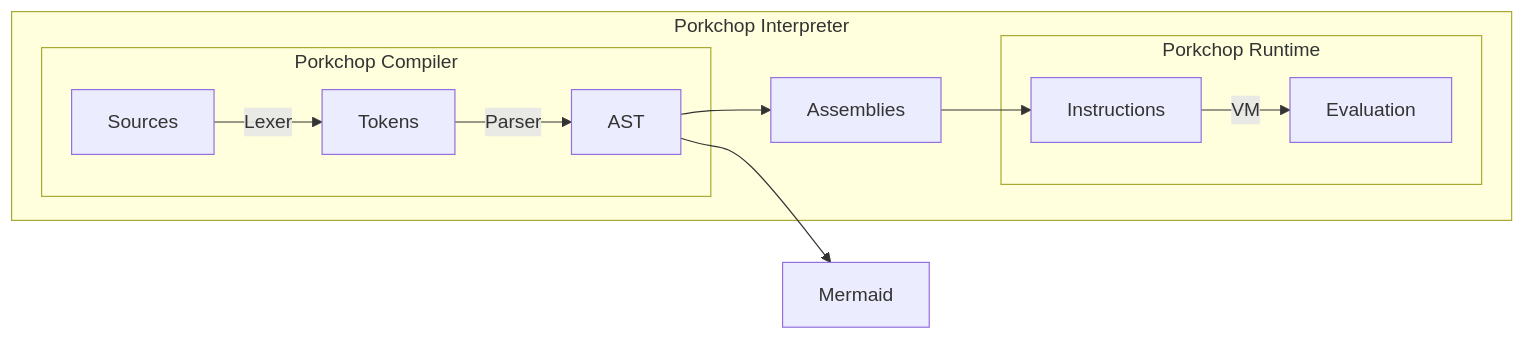
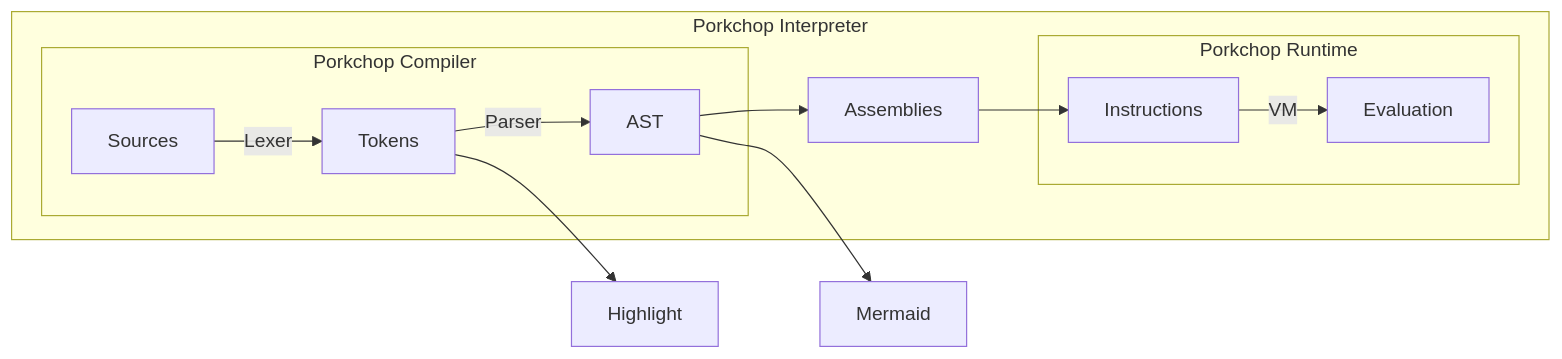
The first of 3 diagrams in README.md (Yaossg/Porkchop), drawn with Mermaid before and after one commit. The commit also changed other lines of this file and 4 other files, not shown here.

````diff
--- a/README.md
+++ b/README.md
@@ -17,23 +17,24 @@
 ```mermaid
 graph LR
 
 AST-->Mermaid
+Tokens-->Highlight
 
 subgraph Porkchop Interpreter
 
 subgraph Porkchop Compiler
 Sources-->|Lexer|Tokens-->|Parser|AST
 
 
 end
 
 
 AST-->Assemblies-->Instructions
 
 subgraph Porkchop Runtime
 Instructions-->|VM|Evaluation
 end
 
 end
 
 ```
````
